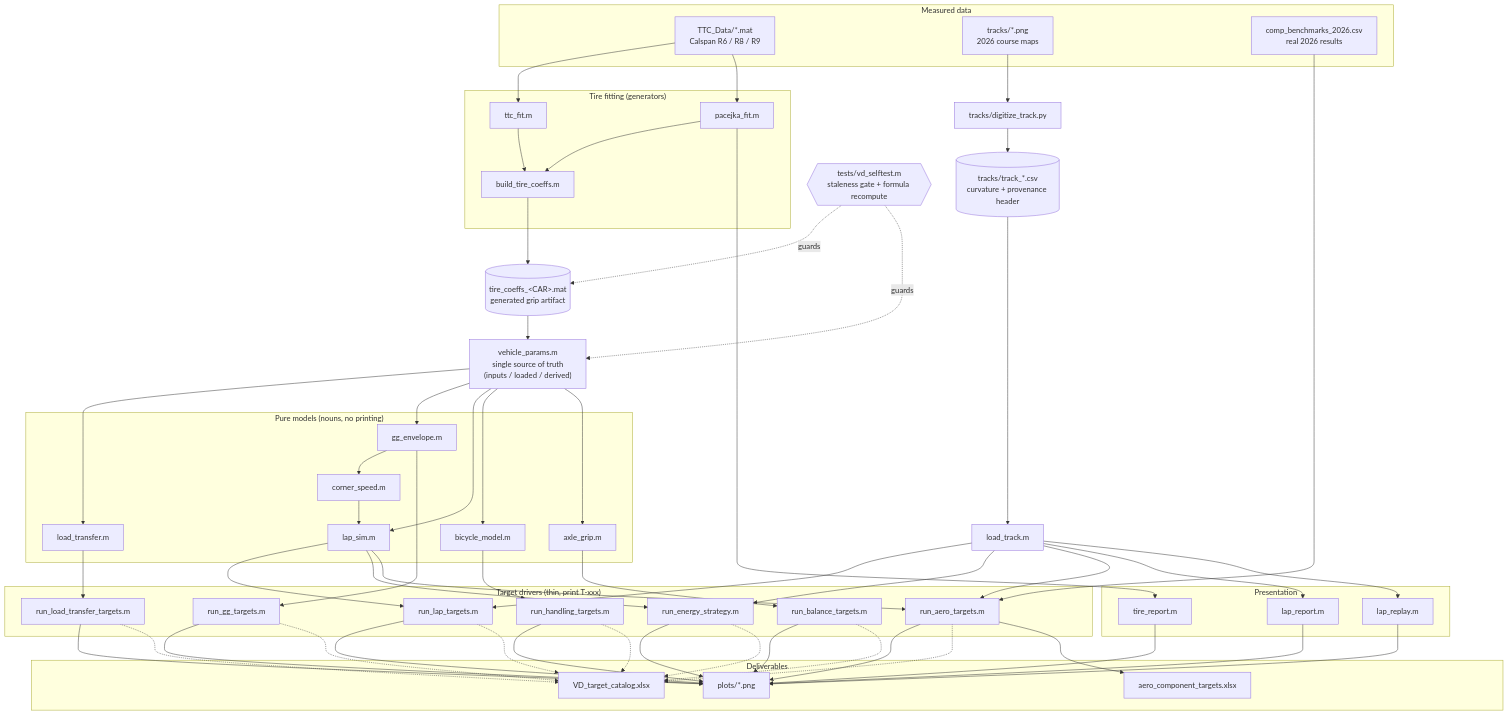
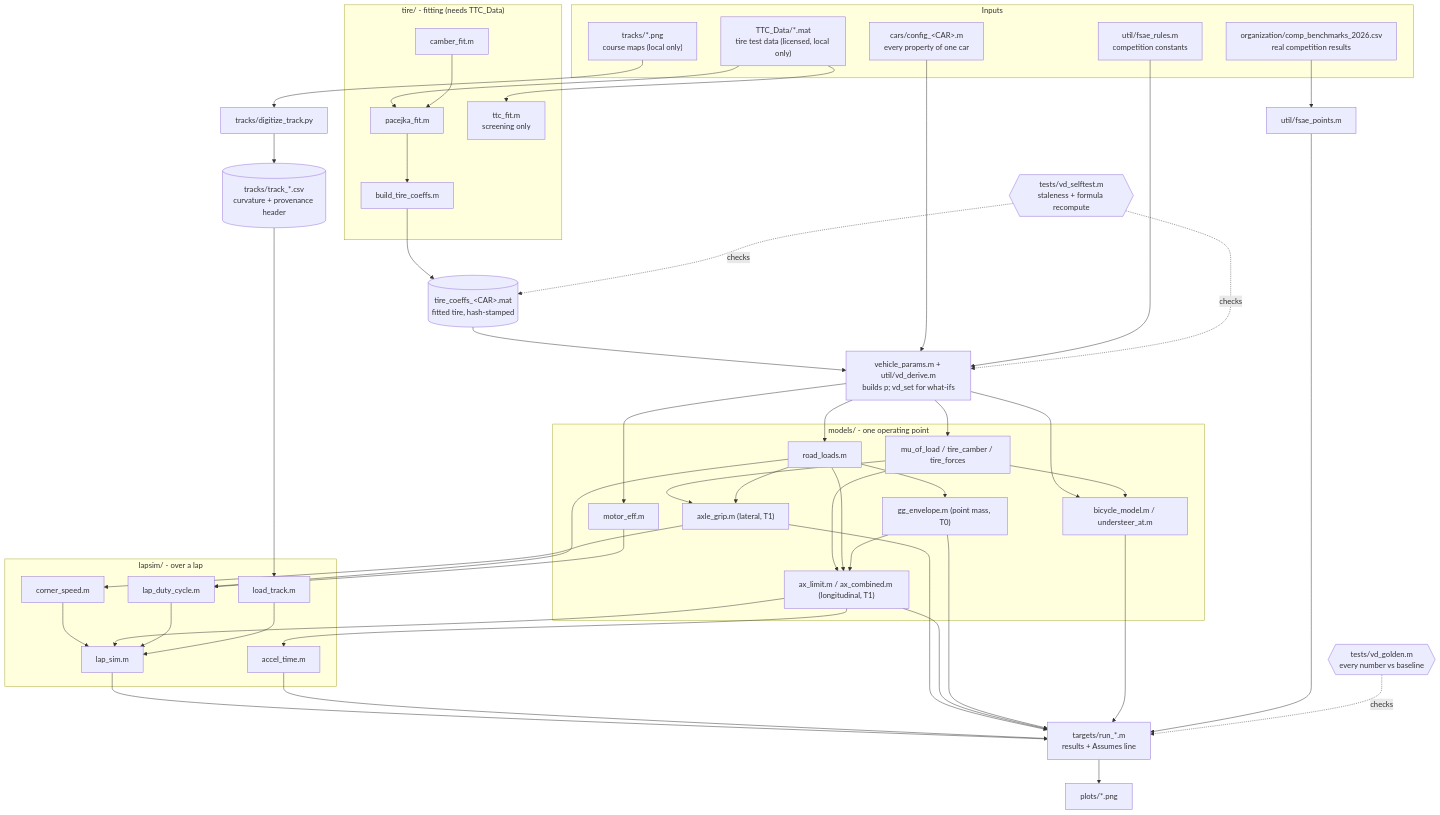
The diagram in references/code_pipeline.mermaid (jadmiraal1/Vehicle-Dynamics-27), drawn with Mermaid before and after one commit. The commit also changed 69 other files, not shown here.

```diff
--- a/references/code_pipeline.mermaid
+++ b/references/code_pipeline.mermaid
@@ -1,83 +1,73 @@
-%% TR26 Vehicle Dynamics — code pipeline
-%% Renders natively on GitHub, or paste into https://mermaid.live
-%% Update this file when the pipeline changes: it versions with the code.
-%% Cylinders = generated files (never hand-edit). Dashed = regression guard.
+%% Vehicle dynamics toolchain - code pipeline
+%% Renders on GitHub, or paste into https://mermaid.live
+%% Cylinders = generated files (never hand-edit). Dashed = checks.
 
 flowchart TD
-    subgraph data["Measured data"]
-        TTC["TTC_Data/*.mat<br>Calspan R6 / R8 / R9"]
-        PNG["tracks/*.png<br>2026 course maps"]
-        BM["comp_benchmarks_2026.csv<br>real 2026 results"]
+    subgraph data["Inputs"]
+        TTC["TTC_Data/*.mat<br>tire test data (licensed, local only)"]
+        PNG["tracks/*.png<br>course maps (local only)"]
+        BM["organization/comp_benchmarks_2026.csv<br>real competition results"]
+        CFG["cars/config_&lt;CAR&gt;.m<br>every property of one car"]
+        RUL["util/fsae_rules.m<br>competition constants"]
     end
 
-    subgraph fit["Tire fitting (generators)"]
-        TF[ttc_fit.m]
+    subgraph fit["tire/ - fitting (needs TTC_Data)"]
         PF[pacejka_fit.m]
+        CF[camber_fit.m]
         BTC[build_tire_coeffs.m]
+        TTF["ttc_fit.m<br>screening only"]
     end
-    ART[("tire_coeffs_&lt;CAR&gt;.mat<br>generated grip artifact")]
+    ART[("tire_coeffs_&lt;CAR&gt;.mat<br>fitted tire, hash-stamped")]
 
     DIG[tracks/digitize_track.py]
     CSV[("tracks/track_*.csv<br>curvature + provenance header")]
-    LTK[load_track.m]
 
-    VP["vehicle_params.m<br>single source of truth<br>(inputs / loaded / derived)"]
+    VP["vehicle_params.m + util/vd_derive.m<br>builds p; vd_set for what-ifs"]
 
-    subgraph models["Pure models (nouns, no printing)"]
-        LT[load_transfer.m]
-        GG[gg_envelope.m]
+    subgraph models["models/ - one operating point"]
+        TIRE["mu_of_load / tire_camber / tire_forces"]
+        RL[road_loads.m]
+        AG["axle_grip.m (lateral, T1)"]
+        AXL["ax_limit.m / ax_combined.m (longitudinal, T1)"]
+        GG["gg_envelope.m (point mass, T0)"]
+        BIC["bicycle_model.m / understeer_at.m"]
+        ME[motor_eff.m]
+    end
+
+    subgraph lapsim["lapsim/ - over a lap"]
+        LT[load_track.m]
         CS[corner_speed.m]
         LS[lap_sim.m]
-        BIC[bicycle_model.m]
-        AX[axle_grip.m]
+        AT[accel_time.m]
+        DC[lap_duty_cycle.m]
     end
 
-    subgraph drivers["Target drivers (thin, print T-xxx)"]
-        R1[run_load_transfer_targets.m]
-        R2[run_gg_targets.m]
-        R3[run_handling_targets.m]
-        R4[run_lap_targets.m]
-        R5[run_energy_strategy.m]
-        R6[run_aero_targets.m]
-        R7[run_balance_targets.m]
-    end
+    TGT["targets/run_*.m<br>results + Assumes line"]
+    PTS[util/fsae_points.m]
+    PL[plots/*.png]
 
-    subgraph pres["Presentation"]
-        TR[tire_report.m]
-        LR[lap_report.m]
-        RP[lap_replay.m]
-    end
+    ST{{"tests/vd_selftest.m<br>staleness + formula recompute"}}
+    GLD{{"tests/vd_golden.m<br>every number vs baseline"}}
 
-    subgraph out["Deliverables"]
-        PL[plots/*.png]
-        CAT[VD_target_catalog.xlsx]
-        ACT[aero_component_targets.xlsx]
-    end
+    TTC --> PF & TTF
+    CF --> PF --> BTC --> ART --> VP
+    CFG --> VP
+    RUL --> VP
+    PNG --> DIG --> CSV --> LT
 
-    ST{{"tests/vd_selftest.m<br>staleness gate + formula recompute"}}
+    VP --> TIRE & RL & BIC & ME
+    TIRE --> AG & AXL & BIC
+    RL --> AG & AXL & GG & DC
+    AG --> CS --> LS
+    AXL --> LS & AT
+    GG --> AXL
+    ME --> DC --> LS
+    LT --> LS
 
-    TTC --> TF & PF
-    TF --> BTC
-    PF --> BTC
-    BTC --> ART --> VP
-    PNG --> DIG --> CSV --> LTK
+    LS & AT & AG & AXL & GG & BIC --> TGT
+    BM --> PTS --> TGT
+    TGT --> PL
 
-    VP --> LT & GG & LS & BIC & AX
-    GG --> CS --> LS
-
-    LT --> R1
-    GG --> R2
-    BIC --> R3
-    AX --> R7
-    LS --> R4 & R5 & R6
-    LTK --> R4 & R5 & R6 & LR & RP
-    BM --> R6
-    PF --> TR
-
-    R1 & R2 & R3 & R4 & R5 & R6 & R7 --> PL
-    R1 & R2 & R3 & R4 & R5 & R6 & R7 -.-> CAT
-    R6 --> ACT
-    TR & LR & RP --> PL
-
-    ST -. guards .-> ART
-    ST -. guards .-> VP
+    ST -. checks .-> ART
+    ST -. checks .-> VP
+    GLD -. checks .-> TGT
```
